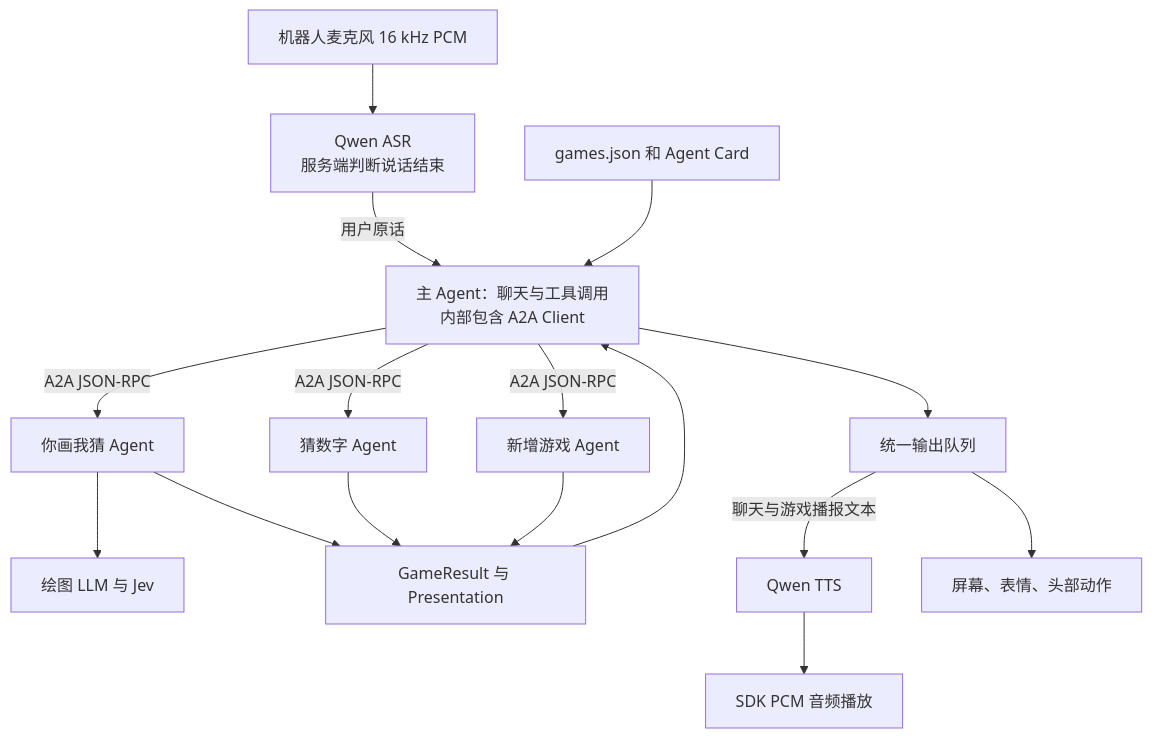
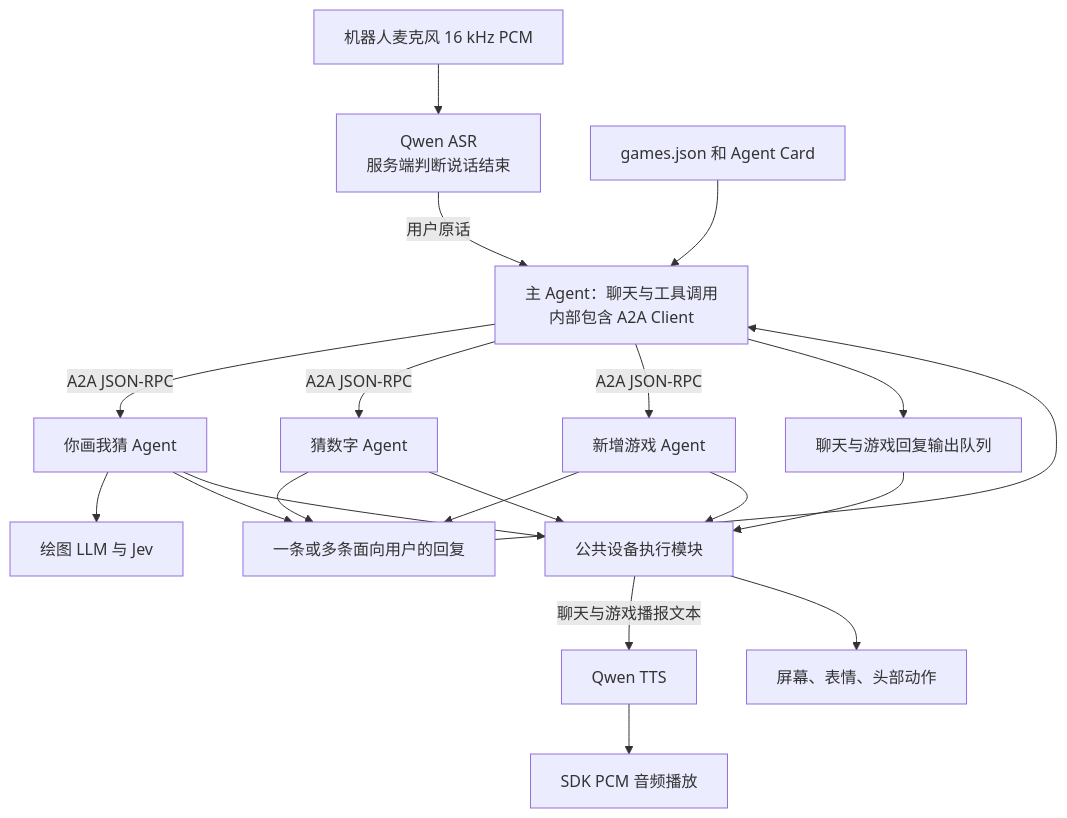
One commit to left0ver/agentcade changed the diagram in README.md. Above: the diagram before and after it, drawn with Mermaid. The commit also changed other lines of this file and 25 other files, not shown here.

````diff
--- a/README.md
+++ b/README.md
@@ -118,18 +119,22 @@
 ```mermaid
 flowchart TD
     Mic[机器人麦克风 16 kHz PCM] --> ASR[Qwen ASR\n服务端判断说话结束]
     ASR -->|用户原话| Main[主 Agent：聊天与工具调用\n内部包含 A2A Client]
     Catalog[games.json 和 Agent Card] --> Main
     Main -->|A2A JSON-RPC| Animal[你画我猜 Agent]
     Main -->|A2A JSON-RPC| Number[猜数字 Agent]
     Main -->|A2A JSON-RPC| Extension[新增游戏 Agent]
     Animal --> Drawing[绘图 LLM 与 Jev]
-    Animal --> Result[GameResult 与 Presentation]
+    Animal --> Result[一条或多条面向用户的回复]
     Number --> Result
     Extension --> Result
-    Main --> Output[统一输出队列]
+    Main --> Queue[聊天与游戏回复输出队列]
+    Queue --> Output[公共设备执行模块]
+    Animal --> Output
+    Number --> Output
+    Extension --> Output
     Result --> Main
     Output -->|聊天与游戏播报文本| Speech[Qwen TTS]
     Speech --> Audio[SDK PCM 音频播放]
     Output --> Device[屏幕、表情、头部动作]
 ```
````
